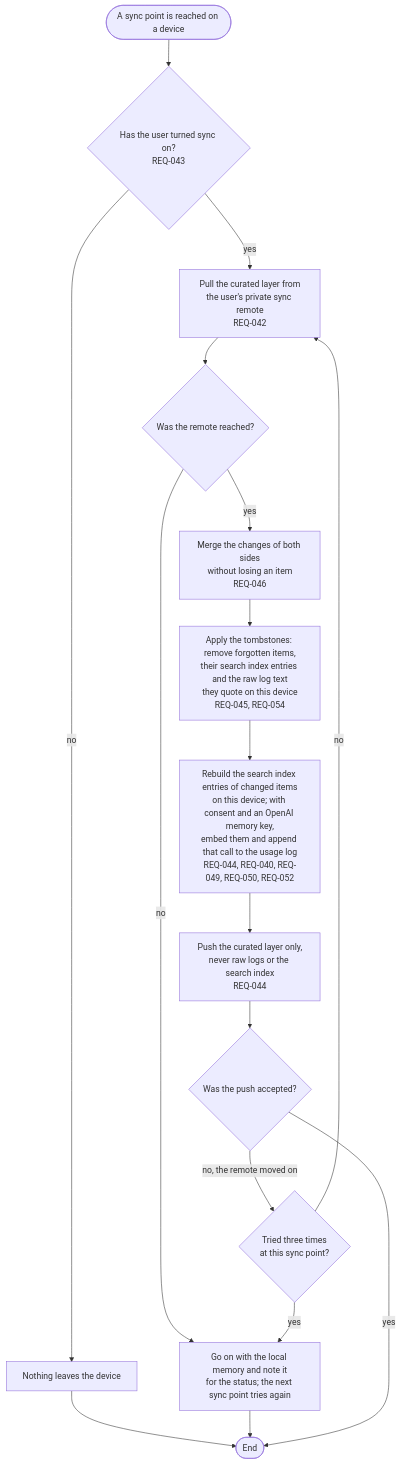
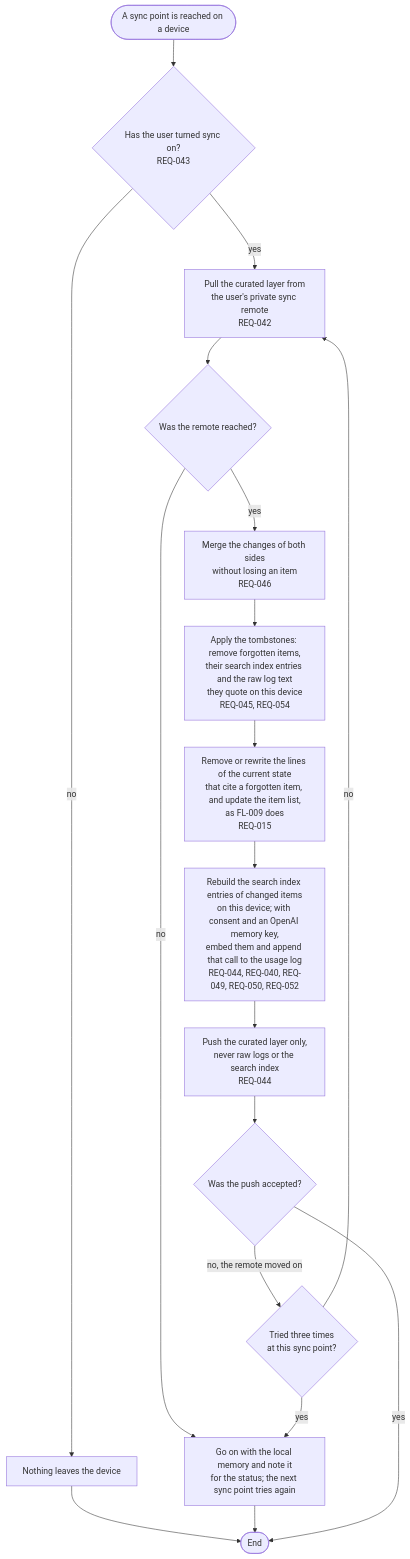
Before and after one commit to kodonghui/corthex: the diagram in docs/03-user-flow/memory/FL-012-sync-memory.md, drawn with Mermaid. The commit also changed other lines of this file and 1 other file, not shown here.

Commit message:
docs: clean up the current state after sync tombstones in FL-012
When a sync applies tombstones, the merged current state can still hold
lines that cite a forgotten item, and the next start summary would
inject them. FL-012 now removes or rewrites those lines and updates the
item list after applying the tombstones, as FL-009 does on the device
where the item was forgotten.

Claude-Session: https://claude.ai/code/session_01Ls64kRw78pJy4XFQimX1zE

````diff
--- a/docs/03-user-flow/memory/FL-012-sync-memory.md
+++ b/docs/03-user-flow/memory/FL-012-sync-memory.md
@@ -9,19 +9,20 @@
 ```mermaid
 flowchart TD
   A(["A sync point is reached on a device"]) --> B{"Has the user turned sync on?<br/>REQ-043"}
   B -->|no| B1["Nothing leaves the device"]
   B1 --> Z(["End"])
   B -->|yes| C["Pull the curated layer from<br/>the user's private sync remote<br/>REQ-042"]
   C --> D{"Was the remote reached?"}
   D -->|no| D1["Go on with the local memory and note it<br/>for the status; the next sync point tries again"]
   D1 --> Z
   D -->|yes| E["Merge the changes of both sides<br/>without losing an item<br/>REQ-046"]
   E --> F["Apply the tombstones: remove forgotten items,<br/>their search index entries and the raw log text<br/>they quote on this device<br/>REQ-045, REQ-054"]
-  F --> G["Rebuild the search index entries of changed items<br/>on this device; with consent and an OpenAI memory key,<br/>embed them and append that call to the usage log<br/>REQ-044, REQ-040, REQ-049, REQ-050, REQ-052"]
+  F --> F1["Remove or rewrite the lines of the current state<br/>that cite a forgotten item, and update the item list,<br/>as FL-009 does<br/>REQ-015"]
+  F1 --> G["Rebuild the search index entries of changed items<br/>on this device; with consent and an OpenAI memory key,<br/>embed them and append that call to the usage log<br/>REQ-044, REQ-040, REQ-049, REQ-050, REQ-052"]
   G --> H["Push the curated layer only,<br/>never raw logs or the search index<br/>REQ-044"]
   H --> I{"Was the push accepted?"}
   I -->|yes| Z
   I -->|no, the remote moved on| J{"Tried three times<br/>at this sync point?"}
   J -->|no| C
   J -->|yes| D1
 ```
````
